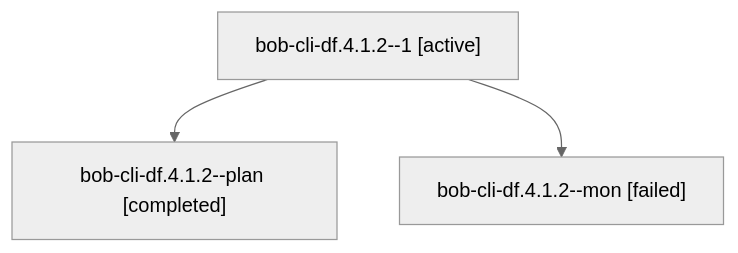
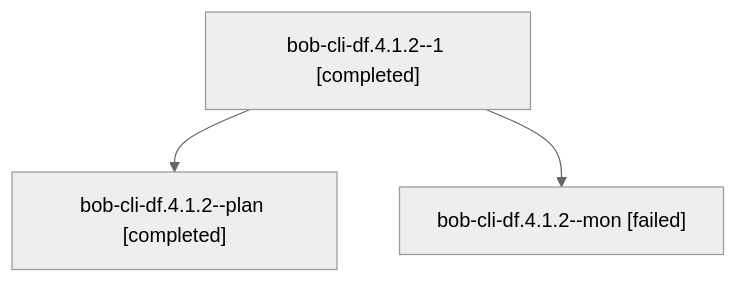
One commit to bobs-org/bob-cli--agents changed the diagram in sessions/bbugyi200.athena.bob-cli-df.4.1.2.md. Above: the diagram before and after it, drawn with Mermaid (neutral theme). The commit also changed other lines of this file and 55 other files, not shown here.

````diff
--- a/sessions/bbugyi200.athena.bob-cli-df.4.1.2.md
+++ b/sessions/bbugyi200.athena.bob-cli-df.4.1.2.md
@@ -9,8 +9,8 @@
 ```mermaid
 flowchart TD
-  n0["bob-cli-df.4.1.2--1 [active]"]
+  n0["bob-cli-df.4.1.2--1 [completed]"]
   n1["bob-cli-df.4.1.2--plan [completed]"]
   n0 --> n1
   n2["bob-cli-df.4.1.2--mon [failed]"]
   n0 --> n2
 ```
````
